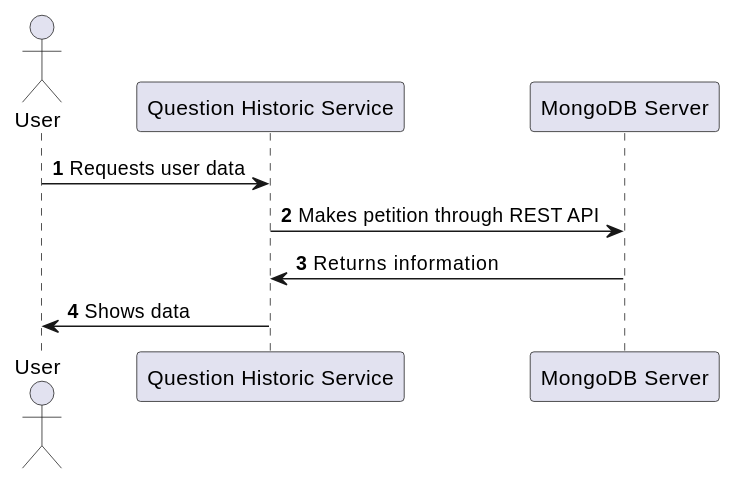
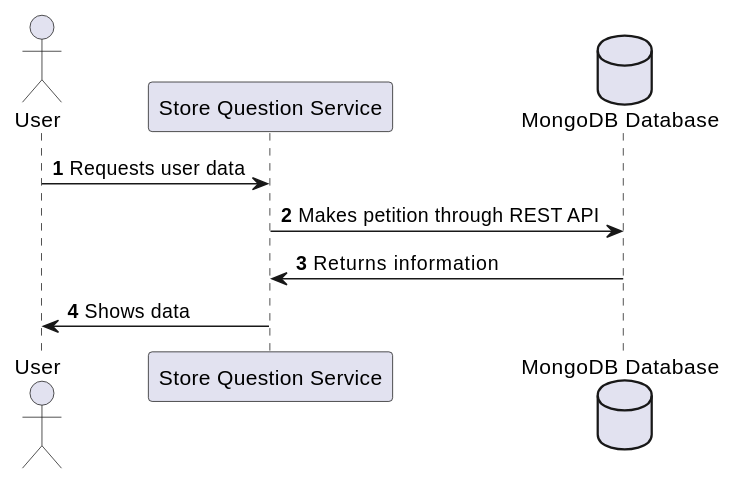
One commit to Arquisoft/wiq_es6c changed the fourth of 4 diagrams in docs/src/06_runtime_view.adoc. Above: the diagram before and after it, drawn with PlantUML. The commit also changed other lines of this file and 2 other files, not shown here.

Commit message:
Update graphs

```diff
--- a/docs/src/06_runtime_view.adoc
+++ b/docs/src/06_runtime_view.adoc
@@ -89,11 +100,14 @@
 [plantuml,"Consult questions",png]
 ----
 autonumber
 
 actor "User" as user
 
-user -> "Question Historic Service" : Requests user data
-"Question Historic Service" -> "MongoDB Server" : Makes petition through REST API
-"MongoDB Server" -> "Question Historic Service" : Returns information
-"Question Historic Service" -> user : Shows data
+user -> "Store Question Service" : Requests user data
+
+database "MongoDB Database" as db
+
+"Store Question Service" -> db : Makes petition through REST API
+db -> "Store Question Service" : Returns information
+"Store Question Service" -> user : Shows data
 ----
```
